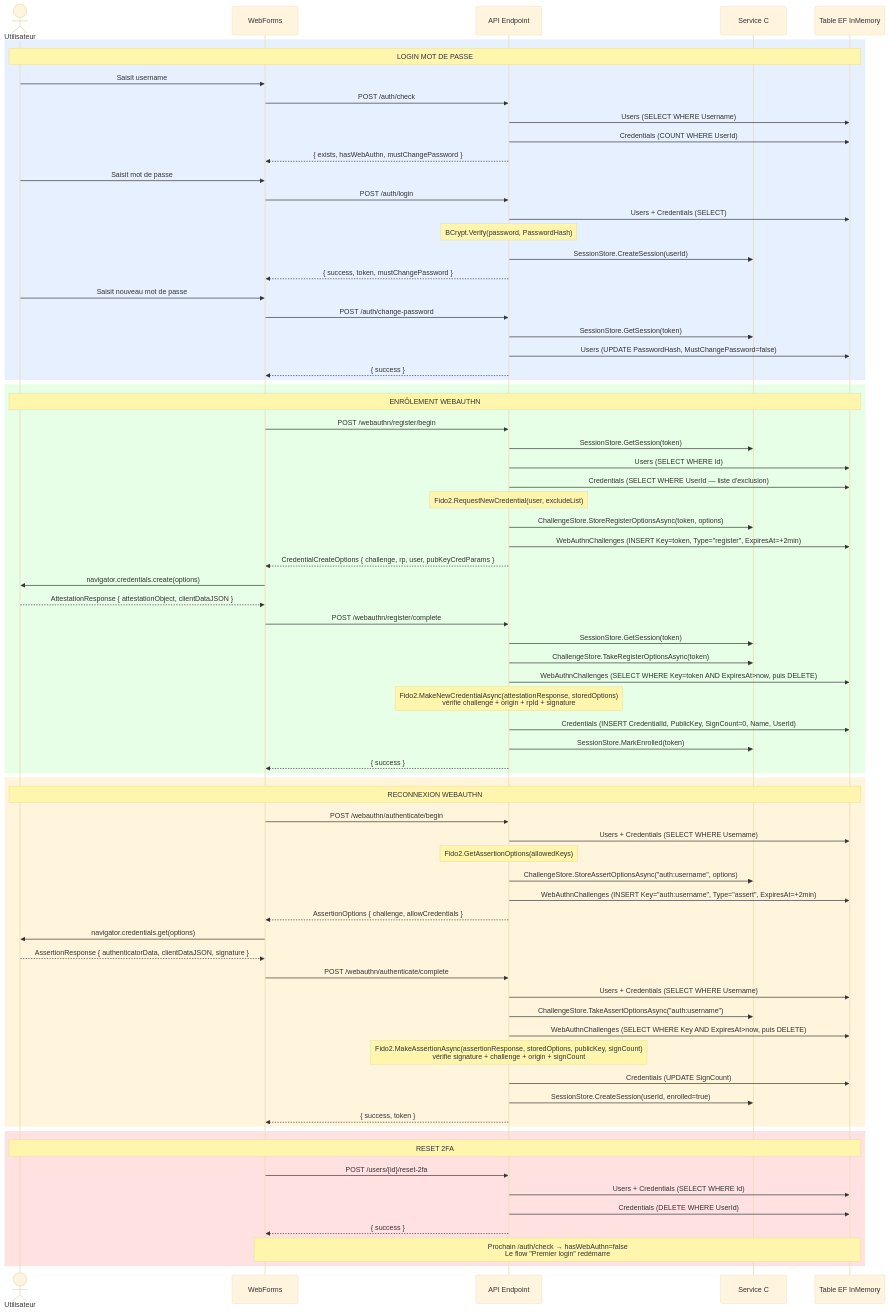
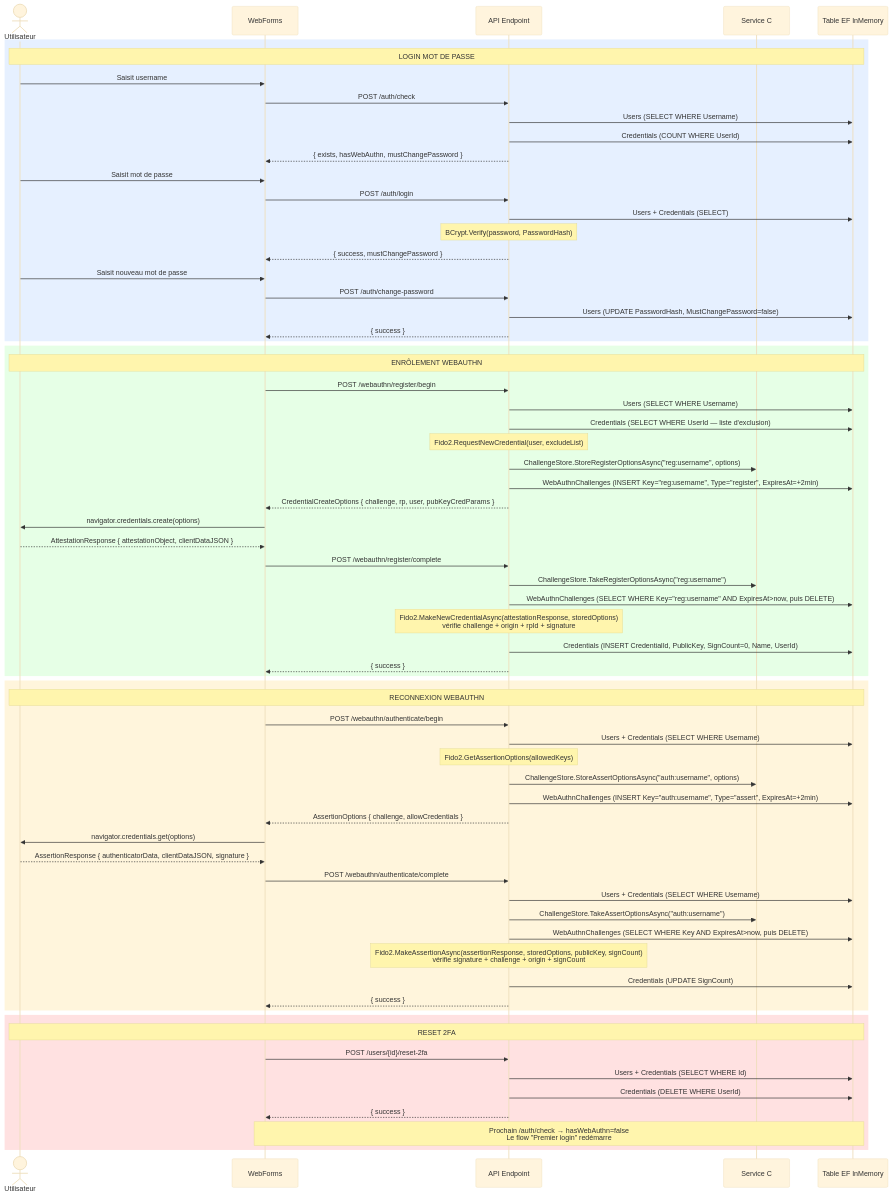
The sixth of 6 diagrams in Documentation/documentation.md (FantasticJoho/authentest), drawn with Mermaid (base theme) before and after one commit. The commit also changed other lines of this file and 11 other files, not shown here.

Commit message:
refactor: remove SessionStore dependency and update authentication flow to use username instead of session tokens

```diff
--- a/Documentation/documentation.md
+++ b/Documentation/documentation.md
@@ -488,12 +492,10 @@
         W->>A: POST /auth/login
         A->>DB: Users + Credentials (SELECT)
         Note over A: BCrypt.Verify(password, PasswordHash)
-        A->>S: SessionStore.CreateSession(userId)
-        A-->>W: { success, token, mustChangePassword }
+        A-->>W: { success, mustChangePassword }
 
         U->>W: Saisit nouveau mot de passe
         W->>A: POST /auth/change-password
-        A->>S: SessionStore.GetSession(token)
         A->>DB: Users (UPDATE PasswordHash, MustChangePassword=false)
         A-->>W: { success }
     end
@@ -502,24 +504,21 @@
         Note over U,DB: ENRÔLEMENT WEBAUTHN
 
         W->>A: POST /webauthn/register/begin
-        A->>S: SessionStore.GetSession(token)
-        A->>DB: Users (SELECT WHERE Id)
+        A->>DB: Users (SELECT WHERE Username)
         A->>DB: Credentials (SELECT WHERE UserId — liste d'exclusion)
         Note over A: Fido2.RequestNewCredential(user, excludeList)
-        A->>S: ChallengeStore.StoreRegisterOptionsAsync(token, options)
-        A->>DB: WebAuthnChallenges (INSERT Key=token, Type="register", ExpiresAt=+2min)
+        A->>S: ChallengeStore.StoreRegisterOptionsAsync("reg:username", options)
+        A->>DB: WebAuthnChallenges (INSERT Key="reg:username", Type="register", ExpiresAt=+2min)
         A-->>W: CredentialCreateOptions { challenge, rp, user, pubKeyCredParams }
 
         W->>U: navigator.credentials.create(options)
         U-->>W: AttestationResponse { attestationObject, clientDataJSON }
 
         W->>A: POST /webauthn/register/complete
-        A->>S: SessionStore.GetSession(token)
-        A->>S: ChallengeStore.TakeRegisterOptionsAsync(token)
-        A->>DB: WebAuthnChallenges (SELECT WHERE Key=token AND ExpiresAt>now, puis DELETE)
+        A->>S: ChallengeStore.TakeRegisterOptionsAsync("reg:username")
+        A->>DB: WebAuthnChallenges (SELECT WHERE Key="reg:username" AND ExpiresAt>now, puis DELETE)
         Note over A: Fido2.MakeNewCredentialAsync(attestationResponse, storedOptions)<br/>vérifie challenge + origin + rpId + signature
         A->>DB: Credentials (INSERT CredentialId, PublicKey, SignCount=0, Name, UserId)
-        A->>S: SessionStore.MarkEnrolled(token)
         A-->>W: { success }
     end
 
@@ -542,8 +541,7 @@
         A->>DB: WebAuthnChallenges (SELECT WHERE Key AND ExpiresAt>now, puis DELETE)
         Note over A: Fido2.MakeAssertionAsync(assertionResponse, storedOptions, publicKey, signCount)<br/>vérifie signature + challenge + origin + signCount
         A->>DB: Credentials (UPDATE SignCount)
-        A->>S: SessionStore.CreateSession(userId, enrolled=true)
-        A-->>W: { success, token }
+        A-->>W: { success }
     end
 
     rect rgb(255, 225, 225)
```
